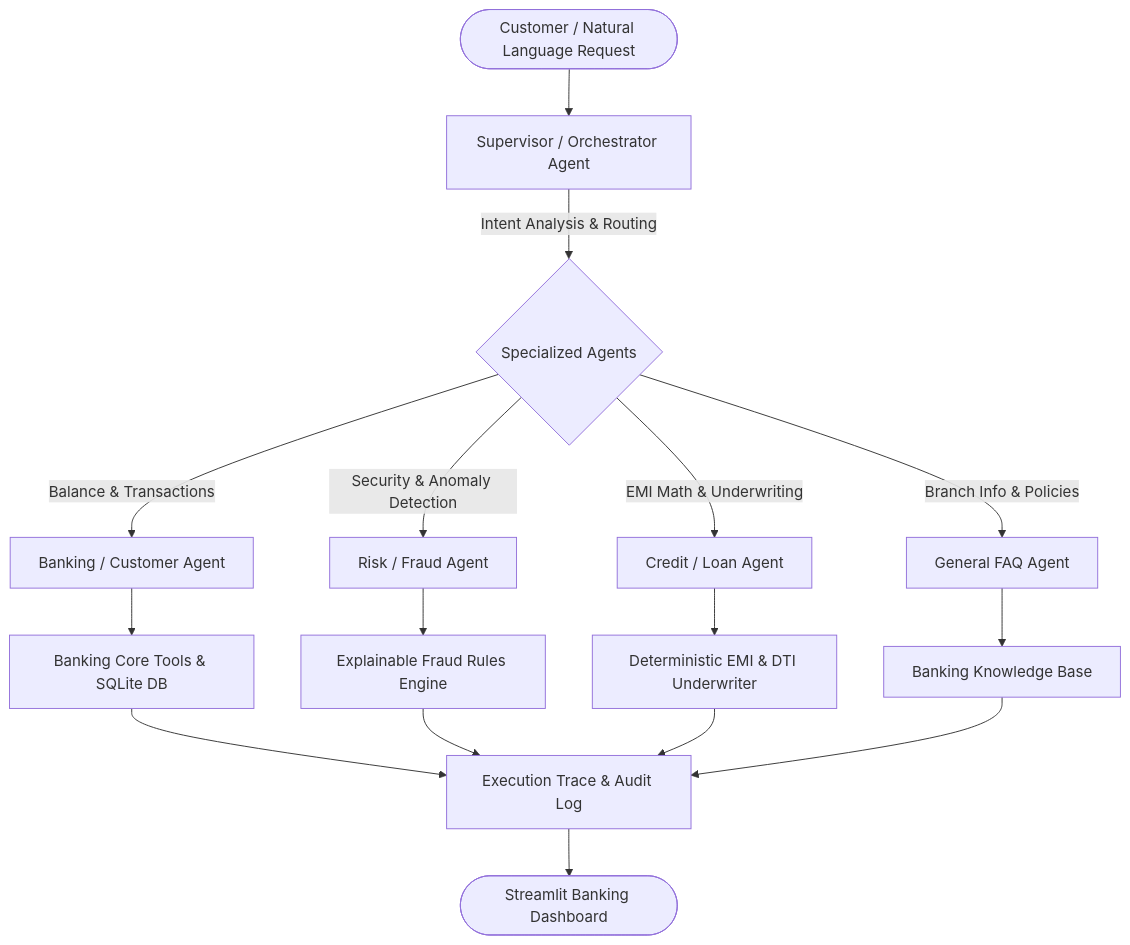
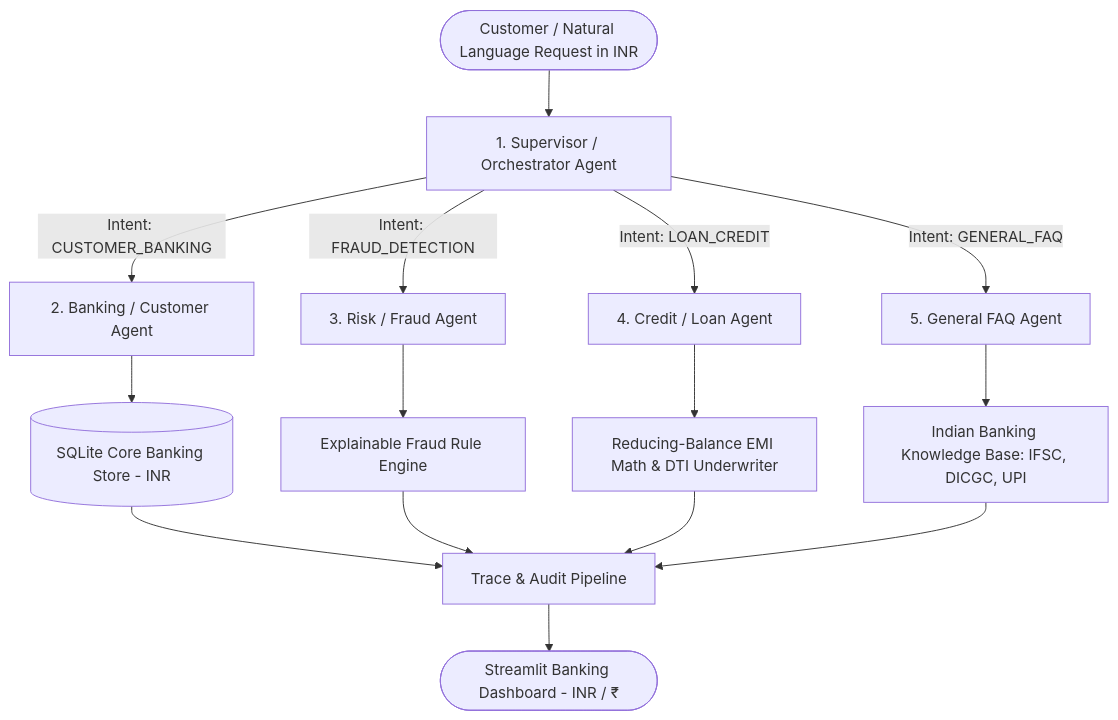
Before and after one commit to Jesubalan19/multi-agent-banking: the diagram in README.md, drawn with Mermaid. The commit also changed other lines of this file and 7 other files, not shown here.

Commit message:
feat: complete migration to Indian Rupees (INR / ₹) across database, agents, tools, tests, and UI

````diff
--- a/README.md
+++ b/README.md
@@ -11,23 +11,21 @@
 ```mermaid
 flowchart TD
-    User([Customer / Natural Language Request]) --> Supervisor[Supervisor / Orchestrator Agent]
+    User([Customer / Natural Language Request in INR]) --> Supervisor[1. Supervisor / Orchestrator Agent]
     
-    Supervisor -->|Intent Analysis & Routing| SubAgents{Specialized Agents}
+    Supervisor -->|Intent: CUSTOMER_BANKING| BankingAgent[2. Banking / Customer Agent]
+    Supervisor -->|Intent: FRAUD_DETECTION| RiskAgent[3. Risk / Fraud Agent]
+    Supervisor -->|Intent: LOAN_CREDIT| LoanAgent[4. Credit / Loan Agent]
+    Supervisor -->|Intent: GENERAL_FAQ| FaqAgent[5. General FAQ Agent]
     
-    SubAgents -->|Balance & Transactions| CustAgent[Banking / Customer Agent]
-    SubAgents -->|Security & Anomaly Detection| FraudAgent[Risk / Fraud Agent]
-    SubAgents -->|EMI Math & Underwriting| LoanAgent[Credit / Loan Agent]
-    SubAgents -->|Branch Info & Policies| FaqAgent[General FAQ Agent]
-    
-    CustAgent --> Tools[Banking Core Tools & SQLite DB]
-    FraudAgent --> Rules[Explainable Fraud Rules Engine]
-    LoanAgent --> Math[Deterministic EMI & DTI Underwriter]
-    FaqAgent --> KB[Banking Knowledge Base]
+    BankingAgent --> CoreDB[(SQLite Core Banking Store - INR)]
+    RiskAgent --> FraudRules[Explainable Fraud Rule Engine]
+    LoanAgent --> Underwriter[Reducing-Balance EMI Math & DTI Underwriter]
+    FaqAgent --> KnowledgeBase[Indian Banking Knowledge Base: IFSC, DICGC, UPI]
 
-    Tools --> Trace[Execution Trace & Audit Log]
-    Rules --> Trace
-    Math --> Trace
-    KB --> Trace
+    CoreDB --> Trace[Trace & Audit Pipeline]
+    FraudRules --> Trace
+    Underwriter --> Trace
+    KnowledgeBase --> Trace
 
-    Trace --> UI([Streamlit Banking Dashboard])
+    Trace --> UI([Streamlit Banking Dashboard - INR / ₹])
 ```
````
